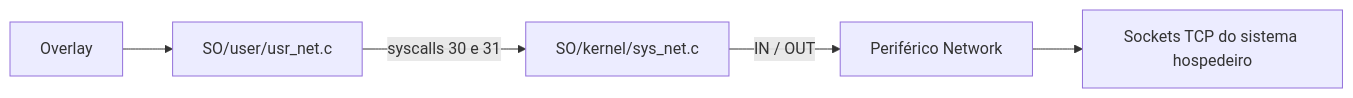
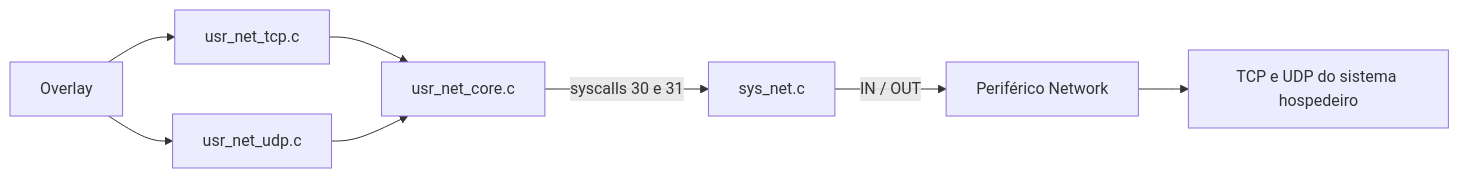
The second of 2 diagrams in README.md (garme/cafe_os), drawn with Mermaid before and after one commit. The commit also changed other lines of this file and 112 other files, not shown here.

````diff
--- a/README.md
+++ b/README.md
@@ -362,7 +434,10 @@
 ```mermaid
 flowchart LR
-    A[Overlay] --> B[SO/user/usr_net.c]
-    B -->|syscalls 30 e 31| C[SO/kernel/sys_net.c]
-    C -->|IN / OUT| D[Periférico Network]
-    D --> E[Sockets TCP do sistema hospedeiro]
+    A[Overlay] --> T[usr_net_tcp.c]
+    A --> U[usr_net_udp.c]
+    T --> C[usr_net_core.c]
+    U --> C
+    C -->|syscalls 30 e 31| K[sys_net.c]
+    K -->|IN / OUT| P[Periférico Network]
+    P --> H[TCP e UDP do sistema hospedeiro]
 ```
````
